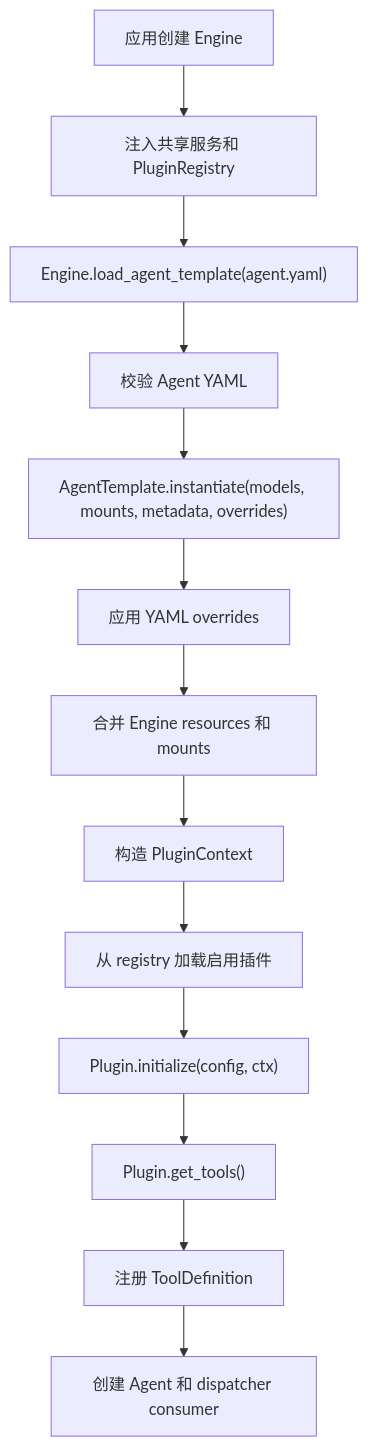
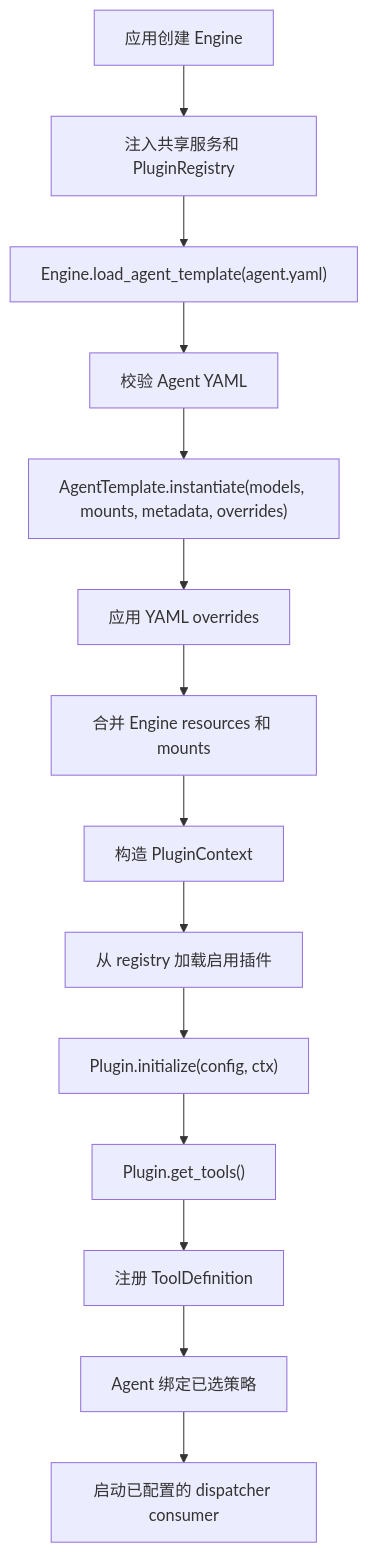
The first of 2 diagrams in README.zh-CN.md (axclogo/AxcAgentEngine), drawn with Mermaid before and after one commit. The commit also changed other lines of this file and 382 other files, not shown here.

````diff
--- a/README.zh-CN.md
+++ b/README.zh-CN.md
@@ -423,15 +438,16 @@
 ```mermaid
 flowchart TD
     A["应用创建 Engine"] --> B["注入共享服务和 PluginRegistry"]
     B --> C["Engine.load_agent_template(agent.yaml)"]
     C --> D["校验 Agent YAML"]
     D --> E["AgentTemplate.instantiate(models, mounts, metadata, overrides)"]
     E --> F["应用 YAML overrides"]
     F --> G["合并 Engine resources 和 mounts"]
     G --> H["构造 PluginContext"]
     H --> I["从 registry 加载启用插件"]
     I --> J["Plugin.initialize(config, ctx)"]
     J --> K["Plugin.get_tools()"]
     K --> L["注册 ToolDefinition"]
-    L --> M["创建 Agent 和 dispatcher consumer"]
+    L --> M["Agent 绑定已选策略"]
+    M --> N["启动已配置的 dispatcher consumer"]
 ```
````
